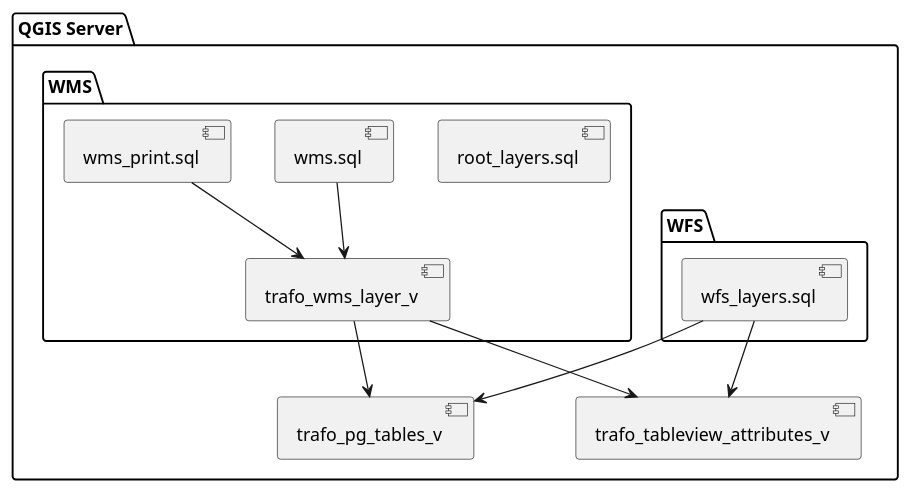
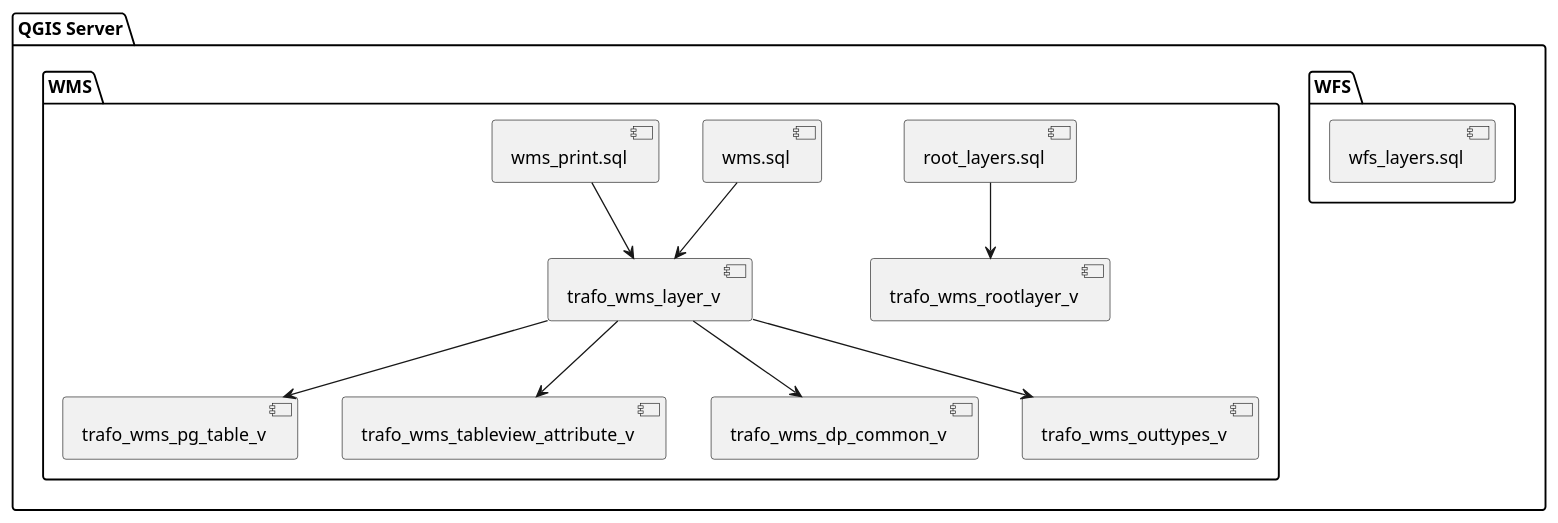
Before and after one commit to sogis/pipelines: the diagram in api_webgisclient/sql2json/doc/query_dependencies.puml, drawn with PlantUML. The commit also changed 19 other files, not shown here.

```diff
--- a/api_webgisclient/sql2json/doc/query_dependencies.puml
+++ b/api_webgisclient/sql2json/doc/query_dependencies.puml
@@ -1,30 +1,34 @@
 @startuml
 
 package "QGIS Server" {
     package "WFS" {
         [wfs_layers.sql]
     
     }
     
     package "WMS" {
         [root_layers.sql]
         [wms.sql]
         [wms_print.sql]
         
+
         [trafo_wms_layer_v]
+        [trafo_wms_pg_table_v]
+        [trafo_wms_tableview_attribute_v]
+        [trafo_wms_dp_common_v]
+        [trafo_wms_outtypes_v]
+        [trafo_wms_rootlayer_v]
+        
+        root_layers.sql --> trafo_wms_rootlayer_v
         
         wms.sql --> trafo_wms_layer_v
         wms_print.sql --> trafo_wms_layer_v
+        
+        trafo_wms_layer_v --> trafo_wms_pg_table_v
+        trafo_wms_layer_v --> trafo_wms_tableview_attribute_v
+        trafo_wms_layer_v --> trafo_wms_dp_common_v
+        trafo_wms_layer_v --> trafo_wms_outtypes_v
     }
-    
-    [trafo_pg_tables_v]
-    [trafo_tableview_attributes_v]
-    
-    wfs_layers.sql --> trafo_pg_tables_v
-    wfs_layers.sql --> trafo_tableview_attributes_v
-    
-    trafo_wms_layer_v --> trafo_pg_tables_v
-    trafo_wms_layer_v --> trafo_tableview_attributes_v
 }
 
 @enduml
```
